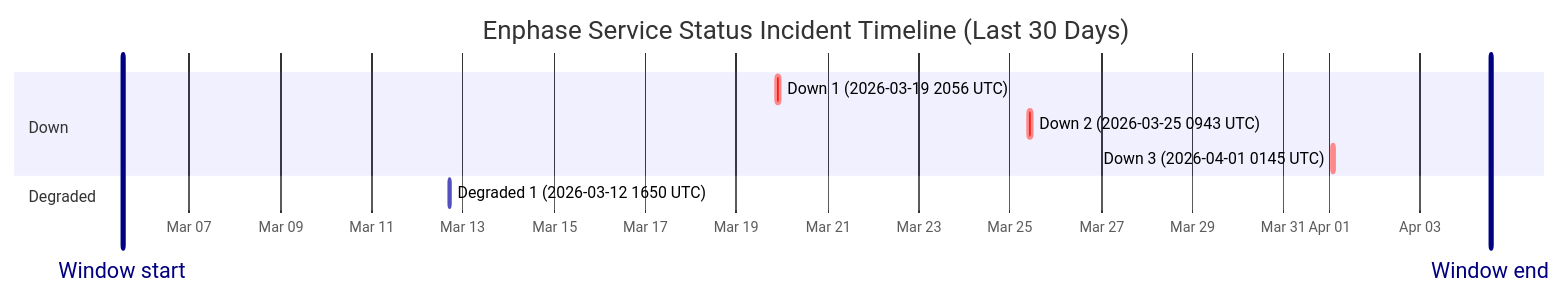
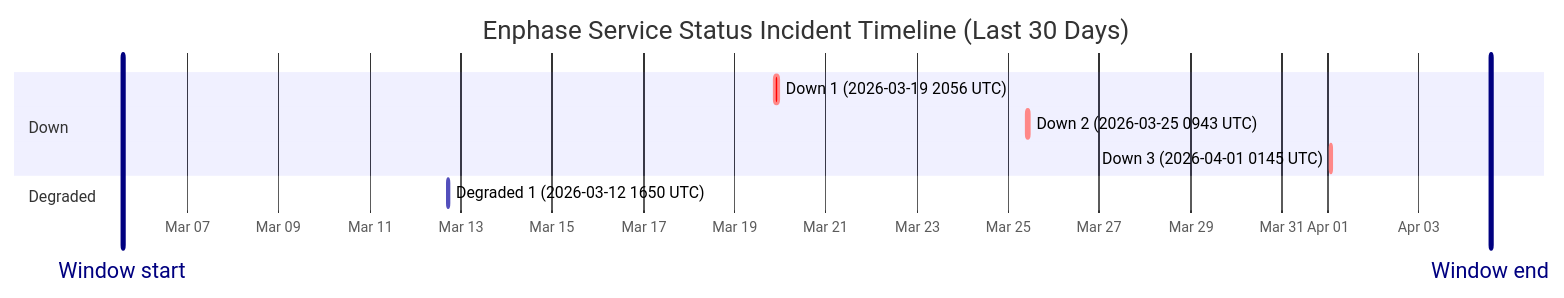
Before and after one commit to barneyonline/ha-enphase-ev-charger: the diagram in wiki/Service-Status-History.md, drawn with Mermaid. The commit also changed other lines of this file and 3 other files, not shown here.

````diff
--- a/wiki/Service-Status-History.md
+++ b/wiki/Service-Status-History.md
@@ -14,14 +14,14 @@
 ```mermaid
 gantt
     title Enphase Service Status Incident Timeline (Last 30 Days)
     dateFormat  YYYY-MM-DDTHH:mm:ss
     axisFormat  %b %d
-    Window start :vert, window-start, 2026-03-05T12:54:13, 0ms
-    Window end :vert, window-end, 2026-04-04T12:54:13, 0ms
+    Window start :vert, window-start, 2026-03-05T13:53:07, 0ms
+    Window end :vert, window-end, 2026-04-04T13:53:07, 0ms
     section Down
     Down 1 (2026-03-19 2056 UTC) :crit, down-1, 2026-03-19T20:56:20, 145m
     Down 2 (2026-03-25 0943 UTC) :crit, down-2, 2026-03-25T09:43:28, 111m
     Down 3 (2026-04-01 0145 UTC) :crit, down-3, 2026-04-01T01:45:09, 60m
     section Degraded
     Degraded 1 (2026-03-12 1650 UTC) :active, degraded-1, 2026-03-12T16:50:43, 60m
 ```
````
